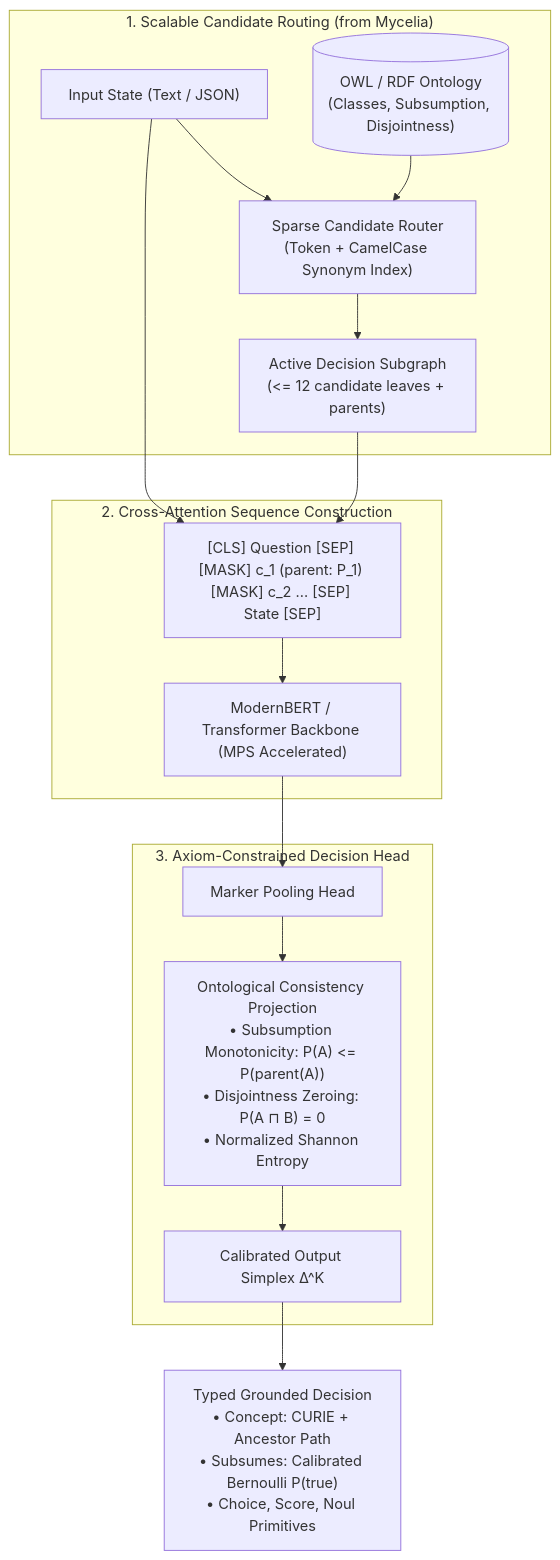
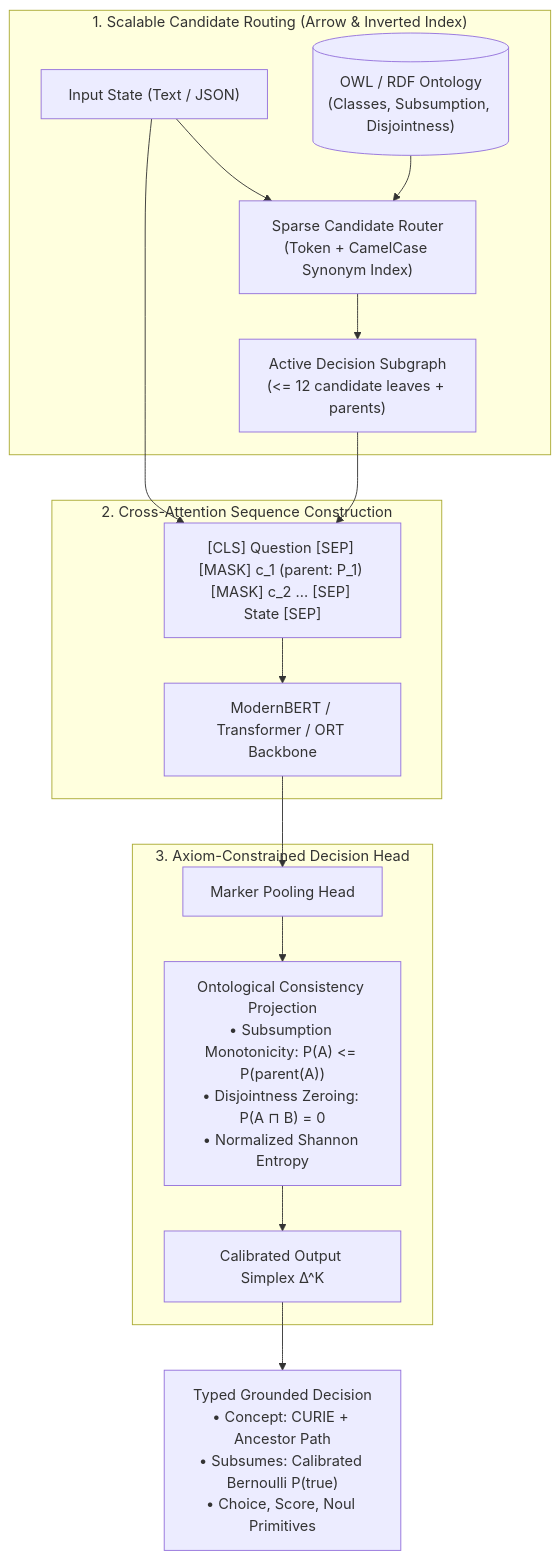
The diagram in README.md (josaum/olaya), drawn with Mermaid before and after one commit. The commit also changed other lines of this file and 19 other files, not shown here.

````diff
--- a/README.md
+++ b/README.md
@@ -49,21 +68,21 @@
 ```mermaid
 flowchart TD
-    subgraph "1. Scalable Candidate Routing (from Mycelia)"
+    subgraph "1. Scalable Candidate Routing (Arrow & Inverted Index)"
         State["Input State (Text / JSON)"] --> TopK["Sparse Candidate Router\n(Token + CamelCase Synonym Index)"]
         Onto[("OWL / RDF Ontology\n(Classes, Subsumption, Disjointness)")] --> TopK
         TopK --> Subgraph["Active Decision Subgraph\n(<= 12 candidate leaves + parents)"]
     end
 
     subgraph "2. Cross-Attention Sequence Construction"
         State & Subgraph --> Seq["[CLS] Question [SEP] [MASK] c_1 (parent: P_1) [MASK] c_2 ... [SEP] State [SEP]"]
-        Seq --> Backbone["ModernBERT / Transformer Backbone (MPS Accelerated)"]
+        Seq --> Backbone["ModernBERT / Transformer / ORT Backbone"]
     end
 
     subgraph "3. Axiom-Constrained Decision Head"
         Backbone --> Head["Marker Pooling Head"]
         Head --> Axioms["Ontological Consistency Projection\n• Subsumption Monotonicity: P(A) <= P(parent(A))\n• Disjointness Zeroing: P(A ⊓ B) = 0\n• Normalized Shannon Entropy"]
         Axioms --> Simplex["Calibrated Output Simplex Δ^K"]
     end
 
     Simplex --> Out["Typed Grounded Decision\n• Concept: CURIE + Ancestor Path\n• Subsumes: Calibrated Bernoulli P(true)\n• Choice, Score, Noul Primitives"]
 ```
````
